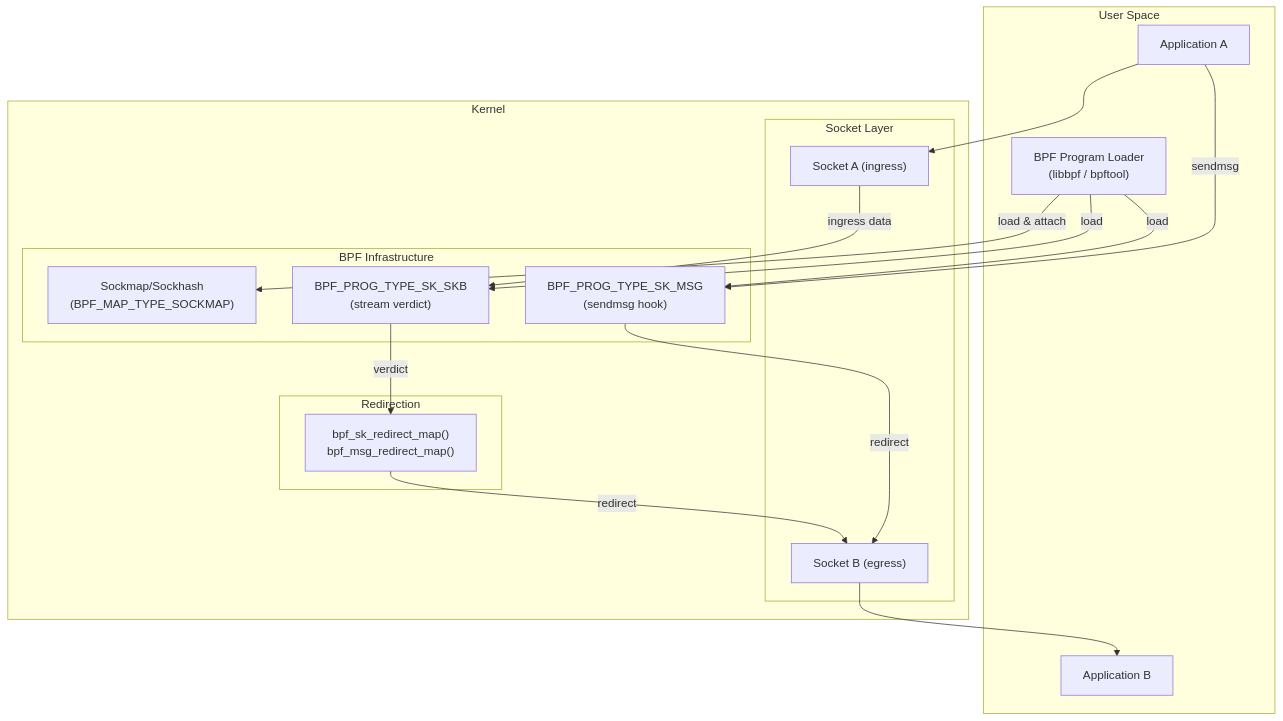
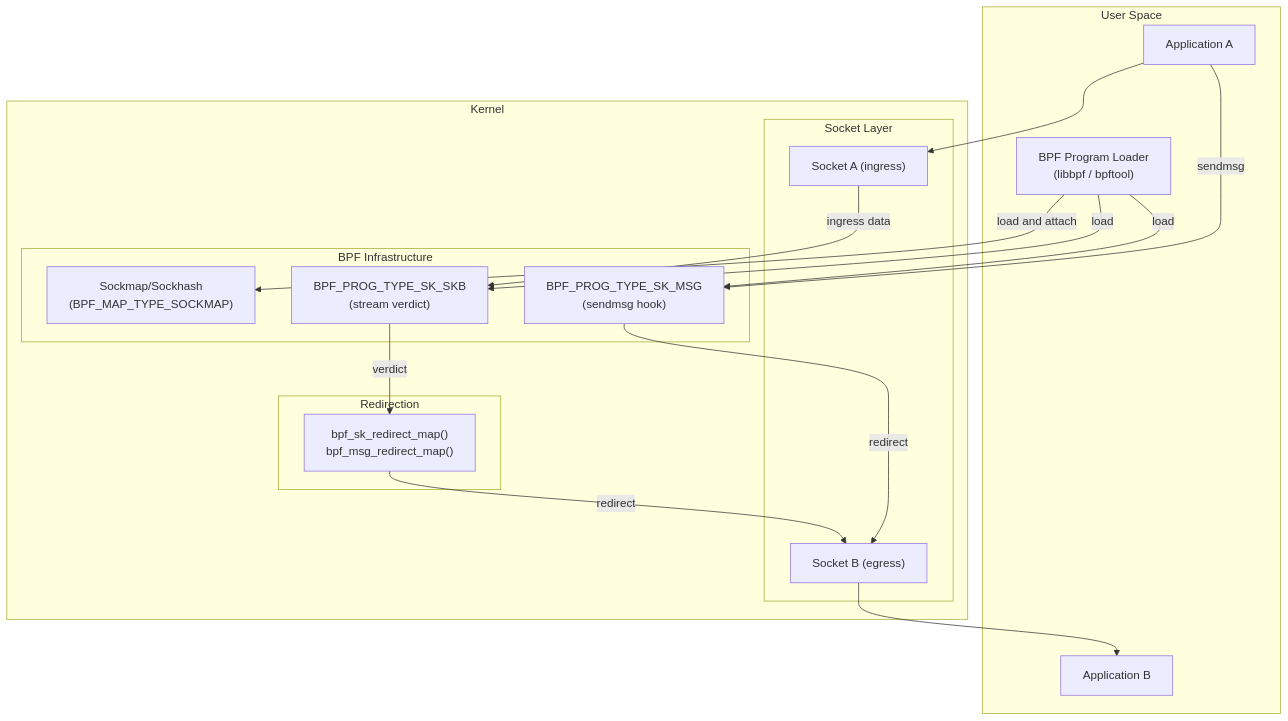
Before and after one commit to Abhinav-Kumar012/lb2: the second of 5 diagrams in src/kernel/networking/sockmap.md, drawn with Mermaid. The commit also changed 1 other file, not shown here.

Commit message:
fix: mermaid syntax - kernel/memory/overview, networking/sockmap (bare & in labels)

````diff
--- a/src/kernel/networking/sockmap.md
+++ b/src/kernel/networking/sockmap.md
@@ -33,33 +33,33 @@
 ```mermaid
 flowchart TB
     subgraph "User Space"
         PROG["BPF Program Loader<br>(libbpf / bpftool)"]
         APP_A["Application A"]
         APP_B["Application B"]
     end
     subgraph "Kernel"
         subgraph "Socket Layer"
             SK_A["Socket A (ingress)"]
             SK_B["Socket B (egress)"]
         end
         subgraph "BPF Infrastructure"
             MAP["Sockmap/Sockhash<br>(BPF_MAP_TYPE_SOCKMAP)"]
             SK_SKB["BPF_PROG_TYPE_SK_SKB<br>(stream verdict)"]
             SK_MSG["BPF_PROG_TYPE_SK_MSG<br>(sendmsg hook)"]
         end
         subgraph "Redirection"
             REDIR["bpf_sk_redirect_map()<br>bpf_msg_redirect_map()"]
         end
     end
 
-    PROG -->|"load & attach"| MAP
+    PROG -->|"load and attach"| MAP
     PROG -->|"load"| SK_SKB
     PROG -->|"load"| SK_MSG
     APP_A --> SK_A
     SK_A -->|"ingress data"| SK_SKB
     SK_SKB -->|"verdict"| REDIR
     REDIR -->|"redirect"| SK_B
     SK_B --> APP_B
     APP_A -->|"sendmsg"| SK_MSG
     SK_MSG -->|"redirect"| SK_B
 ```
````
